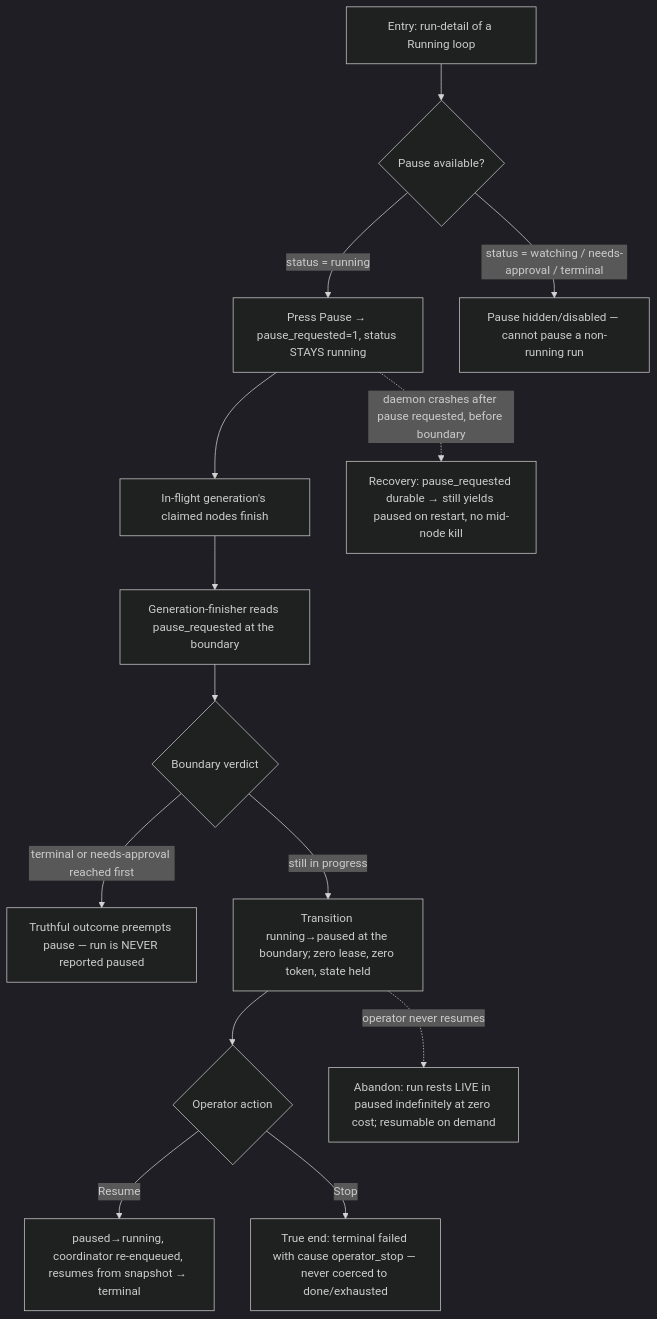
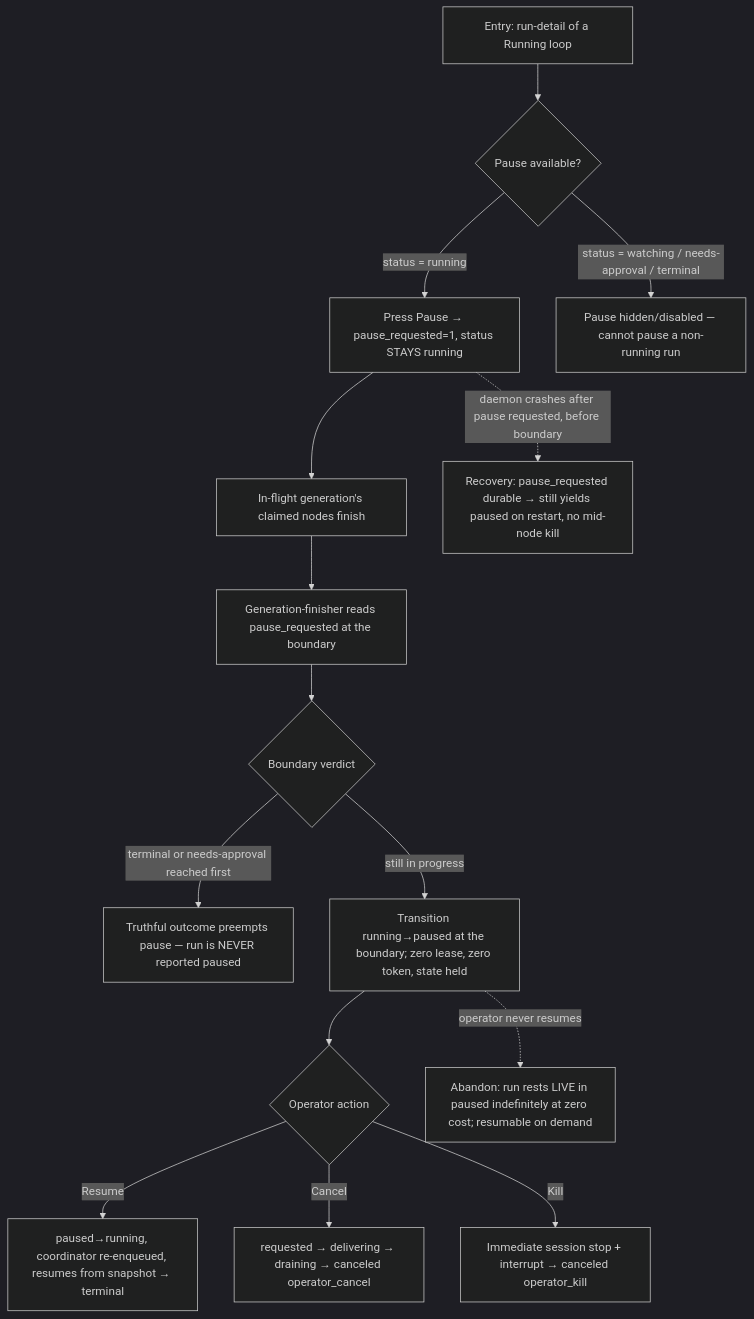
Before and after one commit to compozy/compozy: the diagram in docs/qa/journeys/J-04-operator-pause-resume.md, drawn with Mermaid (dark theme). The commit also changed other lines of this file and 93 other files, not shown here.

First line of the commit message:
feat: Liveness, death-resume, cancel ≠ kill and the canceled terminal #…

````diff
--- a/docs/qa/journeys/J-04-operator-pause-resume.md
+++ b/docs/qa/journeys/J-04-operator-pause-resume.md
@@ -5,16 +8,17 @@
 ```mermaid
 flowchart TD
     A[Entry: run-detail of a Running loop] --> B{Pause available?}
     B -->|status = running| C[Press Pause → pause_requested=1, status STAYS running]
     B -->|status = watching / needs-approval / terminal| B2[Pause hidden/disabled — cannot pause a non-running run]
     C --> D[In-flight generation's claimed nodes finish]
     D --> E[Generation-finisher reads pause_requested at the boundary]
     E --> F{Boundary verdict}
     F -->|terminal or needs-approval reached first| G[Truthful outcome preempts pause — run is NEVER reported paused]
     F -->|still in progress| H[Transition running→paused at the boundary; zero lease, zero token, state held]
     H --> I{Operator action}
     I -->|Resume| J[paused→running, coordinator re-enqueued, resumes from snapshot → terminal]
-    I -->|Stop| K[True end: terminal failed with cause operator_stop — never coerced to done/exhausted]
+    I -->|Cancel| K[requested → delivering → draining → canceled operator_cancel]
+    I -->|Kill| L[Immediate session stop + interrupt → canceled operator_kill]
     H -.->|operator never resumes| X1[Abandon: run rests LIVE in paused indefinitely at zero cost; resumable on demand]
     C -.->|daemon crashes after pause requested, before boundary| X2[Recovery: pause_requested durable → still yields paused on restart, no mid-node kill]
 ```
````
